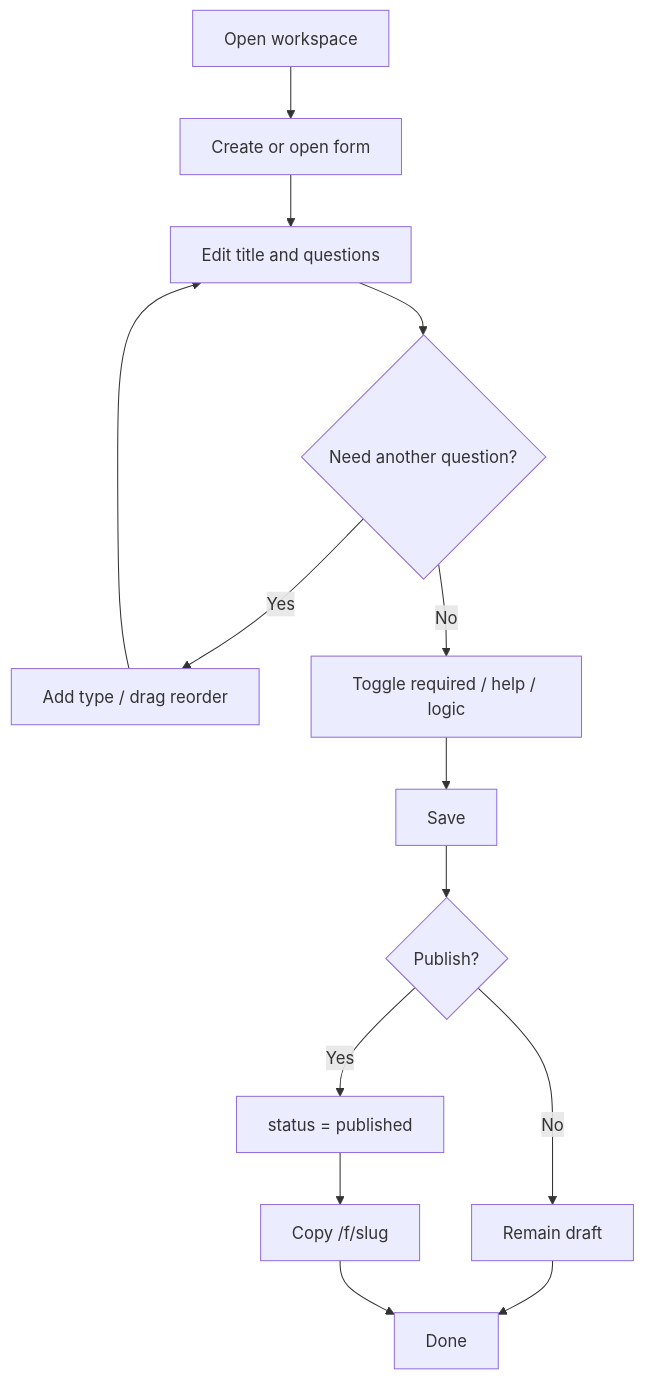
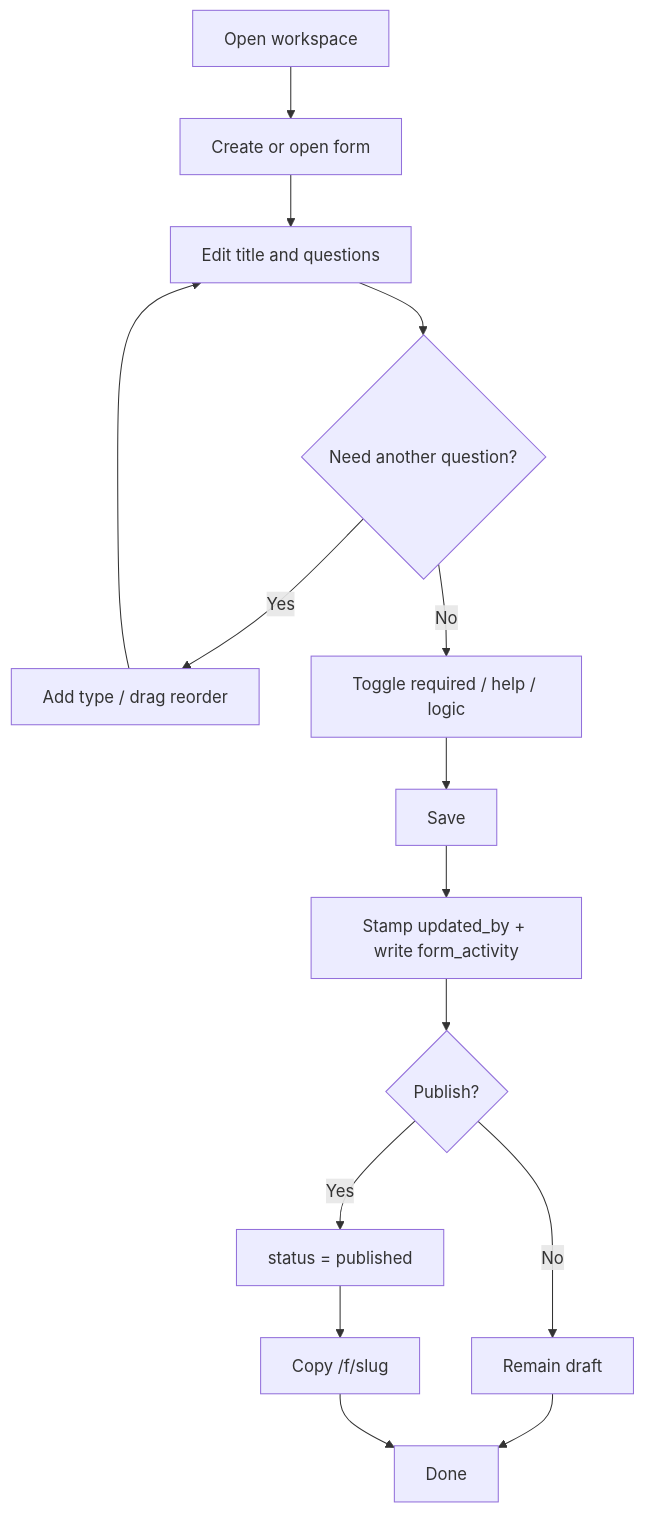
Before and after one commit to ruthwikkakumani/formly: the first of 3 diagrams in docs/diagrams/activity.md, drawn with Mermaid. The commit also changed other lines of this file and 11 other files, not shown here.

First line of the commit message:
docs: sync LLD and UML with live presence and activity history

````diff
--- a/docs/diagrams/activity.md
+++ b/docs/diagrams/activity.md
@@ -5,16 +5,17 @@
 ```mermaid
 flowchart TD
   A[Open workspace] --> B[Create or open form]
   B --> C[Edit title and questions]
   C --> D{Need another question?}
   D -->|Yes| E[Add type / drag reorder]
   E --> C
   D -->|No| F[Toggle required / help / logic]
   F --> G[Save]
-  G --> H{Publish?}
+  G --> G2[Stamp updated_by + write form_activity]
+  G2 --> H{Publish?}
   H -->|No| I[Remain draft]
   H -->|Yes| J[status = published]
   J --> K[Copy /f/slug]
   I --> L[Done]
   K --> L
 ```
````
